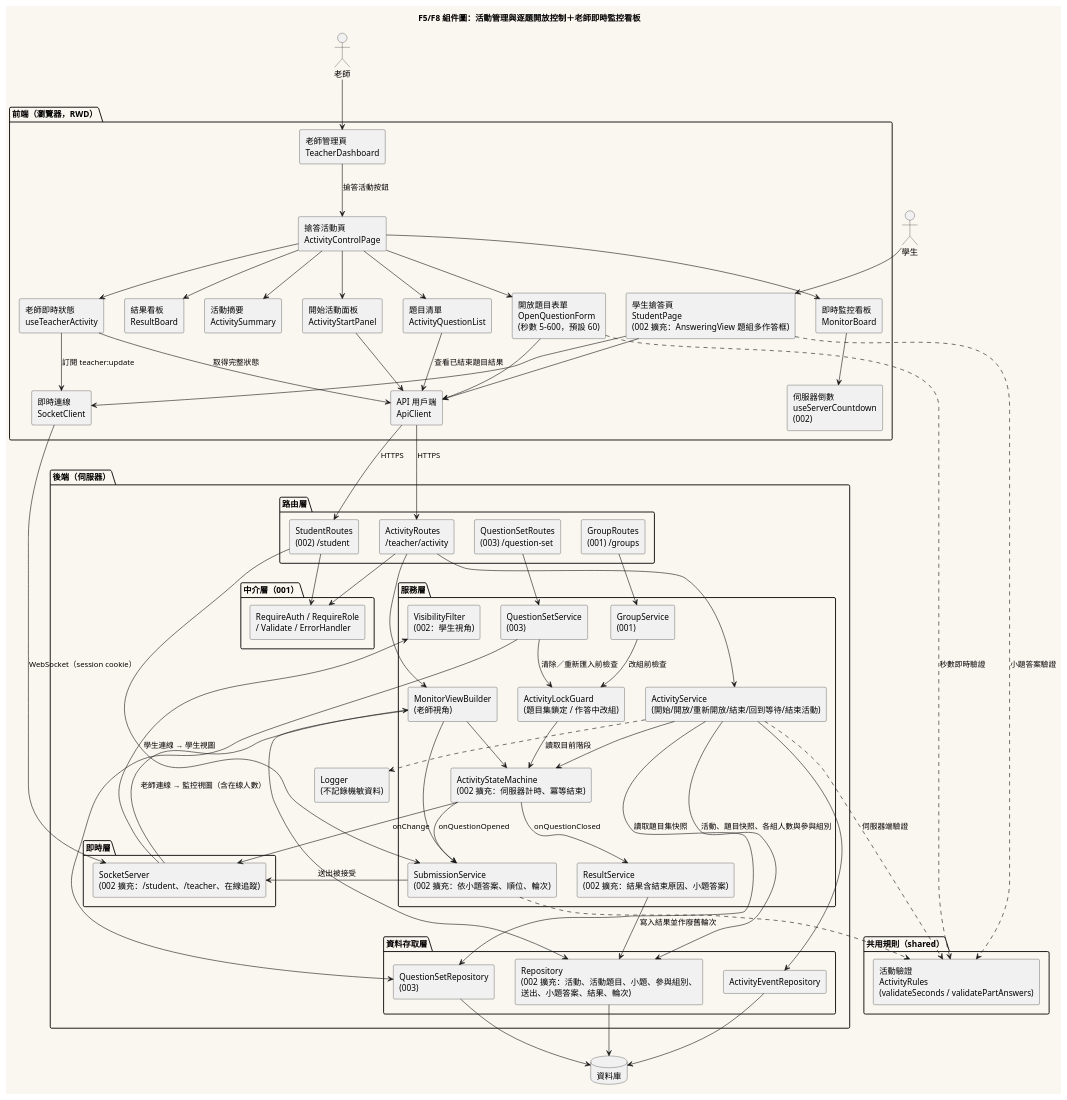
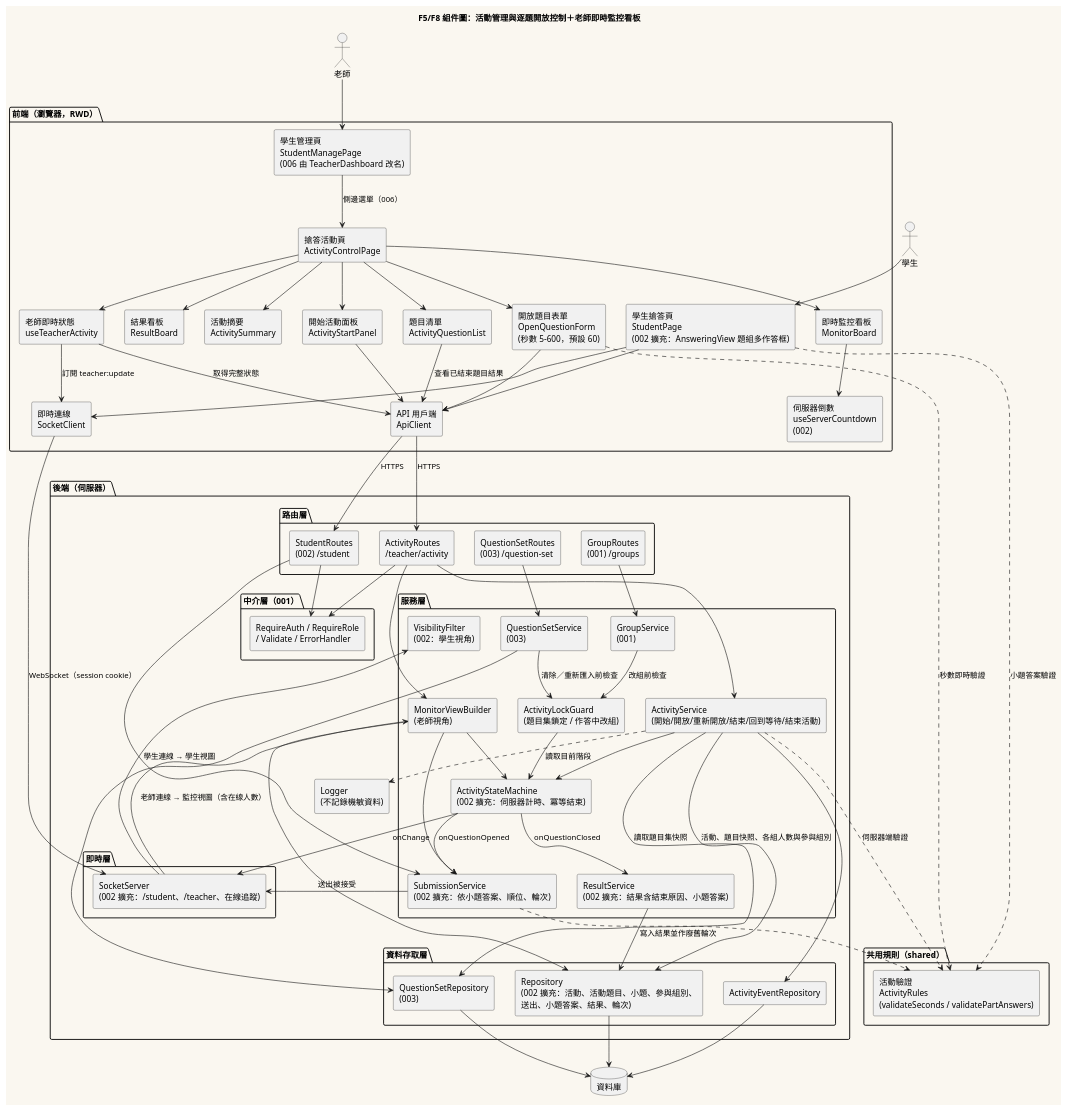
Before and after one commit to Ennn-1023/SE_project: the diagram in diagrams/004-component.puml, drawn with PlantUML. The commit also changed 55 other files, not shown here.

```diff
--- a/diagrams/004-component.puml
+++ b/diagrams/004-component.puml
@@ -1,123 +1,123 @@
 @startuml 004-component
 title F5/F8 組件圖：活動管理與逐題開放控制＋老師即時監控看板
 
 skinparam componentStyle rectangle
 skinparam backgroundColor #FAF7F0
 skinparam shadowing false
 
 actor "老師" as Teacher
 actor "學生" as Student
 
 package "前端（瀏覽器，RWD）" as FE {
-  [老師管理頁\nTeacherDashboard] as TeacherPage
+  [學生管理頁\nStudentManagePage\n(006 由 TeacherDashboard 改名)] as TeacherPage
   [搶答活動頁\nActivityControlPage] as ActPage
   [開始活動面板\nActivityStartPanel] as StartPanel
   [題目清單\nActivityQuestionList] as QList
   [開放題目表單\nOpenQuestionForm\n(秒數 5–600，預設 60)] as OpenForm
   [即時監控看板\nMonitorBoard] as Monitor
   [結果看板\nResultBoard] as ResultBoard
   [活動摘要\nActivitySummary] as Summary
   [老師即時狀態\nuseTeacherActivity] as TeacherHook
   [伺服器倒數\nuseServerCountdown\n(002)] as Countdown
   [學生搶答頁\nStudentPage\n(002 擴充：AnsweringView 題組多作答框)] as StudentPage
   [API 用戶端\nApiClient] as ApiClient
   [即時連線\nSocketClient] as SocketClient
 }
 
 package "共用規則（shared）" as SH {
   [活動驗證\nActivityRules\n(validateSeconds / validatePartAnswers)] as Rules
 }
 
 package "後端（伺服器）" as BE {
   package "路由層" {
     [ActivityRoutes\n/teacher/activity] as ActRoutes
     [StudentRoutes\n(002) /student] as StuRoutes
     [QuestionSetRoutes\n(003) /question-set] as SetRoutes
     [GroupRoutes\n(001) /groups] as GroupRoutes
   }
   package "中介層（001）" {
     [RequireAuth / RequireRole\n/ Validate / ErrorHandler] as MW
   }
   package "服務層" {
     [ActivityService\n(開始/開放/重新開放/結束/回到等待/結束活動)] as ActSvc
     [ActivityStateMachine\n(002 擴充：伺服器計時、冪等結束)] as FSM
     [SubmissionService\n(002 擴充：依小題答案、順位、輪次)] as SubSvc
     [ResultService\n(002 擴充：結果含結束原因、小題答案)] as ResSvc
     [MonitorViewBuilder\n(老師視角)] as MonBuilder
     [VisibilityFilter\n(002：學生視角)] as Vis
     [ActivityLockGuard\n(題目集鎖定 / 作答中改組)] as Lock
     [QuestionSetService\n(003)] as SetSvc
     [GroupService\n(001)] as GroupSvc
   }
   package "即時層" {
     [SocketServer\n(002 擴充：/student、/teacher、在線追蹤)] as Socket
   }
   package "資料存取層" {
     [Repository\n(002 擴充：活動、活動題目、小題、參與組別、\n送出、小題答案、結果、輪次)] as ActRepo
     [ActivityEventRepository] as EventRepo
     [QuestionSetRepository\n(003)] as SetRepo
   }
   [Logger\n(不記錄機敏資料)] as Logger
 }
 
 database "資料庫" as DB
 
 Teacher --> TeacherPage
-TeacherPage --> ActPage : 搶答活動按鈕
+TeacherPage --> ActPage : 側邊選單（006）
 ActPage --> StartPanel
 ActPage --> QList
 ActPage --> OpenForm
 ActPage --> Monitor
 ActPage --> ResultBoard
 ActPage --> Summary
 ActPage --> TeacherHook
 Monitor --> Countdown
 OpenForm ..> Rules : 秒數即時驗證
 TeacherHook --> ApiClient : 取得完整狀態
 TeacherHook --> SocketClient : 訂閱 teacher:update
 StartPanel --> ApiClient
 OpenForm --> ApiClient
 QList --> ApiClient : 查看已結束題目結果
 Student --> StudentPage
 StudentPage ..> Rules : 小題答案驗證
 StudentPage --> ApiClient
 StudentPage --> SocketClient
 
 ApiClient --> ActRoutes : HTTPS
 ApiClient --> StuRoutes : HTTPS
 SocketClient --> Socket : WebSocket（session cookie）
 
 ActRoutes --> MW
 StuRoutes --> MW
 ActRoutes --> ActSvc
 ActRoutes --> MonBuilder
 StuRoutes --> SubSvc
 SetRoutes --> SetSvc
 GroupRoutes --> GroupSvc
 
 ActSvc --> FSM
 ActSvc --> SetRepo : 讀取題目集快照
 ActSvc --> ActRepo : 活動、題目快照、各組人數與參與組別
 ActSvc --> EventRepo
 ActSvc ..> Rules : 伺服器端驗證
 Lock --> FSM : 讀取目前階段
 SetSvc --> SetRepo
 SetSvc --> Lock : 清除／重新匯入前檢查
 GroupSvc --> Lock : 改組前檢查
 FSM --> SubSvc : onQuestionOpened
 FSM --> ResSvc : onQuestionClosed
 FSM --> Socket : onChange
 SubSvc ..> Rules
 SubSvc --> Socket : 送出被接受
 ResSvc --> ActRepo : 寫入結果並作廢舊輪次
 MonBuilder --> FSM
 MonBuilder --> SubSvc
 MonBuilder --> ActRepo
 Socket --> MonBuilder : 老師連線 → 監控視圖（含在線人數）
 Socket --> Vis : 學生連線 → 學生視圖
 
 ActRepo --> DB
 EventRepo --> DB
 SetRepo --> DB
 ActSvc ..> Logger
 @enduml
```
